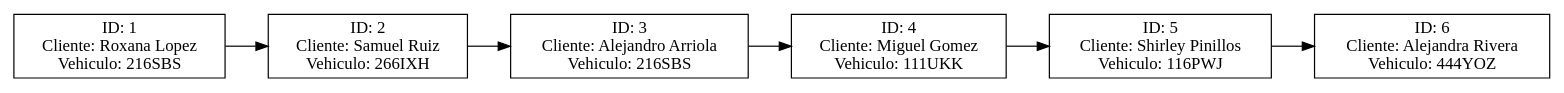
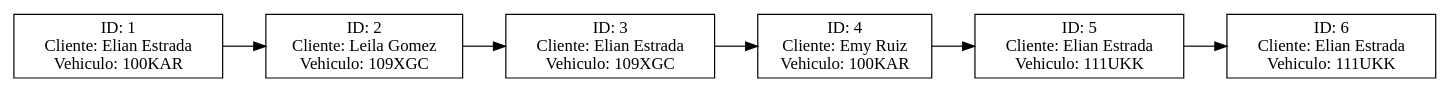
One commit to miguel-tubac/EDD_Proyecto2_202101927 changed the diagram in Reportes/Viajes_General.dot. Above: the diagram before and after it, drawn with Graphviz. The commit also changed 8 other files, not shown here.

```diff
--- a/Reportes/Viajes_General.dot
+++ b/Reportes/Viajes_General.dot
@@ -1,15 +1,15 @@
 digraph ListaEnlazada {
     rankdir=LR;
     node [shape=record];
-    node0 [label="ID: 1\nCliente:  Roxana  Lopez\nVehiculo: 216SBS"];
-    node1 [label="ID: 2\nCliente:  Samuel  Ruiz\nVehiculo: 266IXH"];
-    node2 [label="ID: 3\nCliente:  Alejandro  Arriola\nVehiculo: 216SBS"];
-    node3 [label="ID: 4\nCliente:  Miguel  Gomez\nVehiculo: 111UKK"];
-    node4 [label="ID: 5\nCliente:  Shirley  Pinillos\nVehiculo: 116PWJ"];
-    node5 [label="ID: 6\nCliente:  Alejandra  Rivera\nVehiculo: 444YOZ"];
+    node0 [label="ID: 1\nCliente:  Elian  Estrada\nVehiculo: 100KAR"];
+    node1 [label="ID: 2\nCliente:  Leila  Gomez\nVehiculo: 109XGC"];
+    node2 [label="ID: 3\nCliente:  Elian  Estrada\nVehiculo: 109XGC"];
+    node3 [label="ID: 4\nCliente:  Emy  Ruiz\nVehiculo: 100KAR"];
+    node4 [label="ID: 5\nCliente:  Elian  Estrada\nVehiculo: 111UKK"];
+    node5 [label="ID: 6\nCliente:  Elian  Estrada\nVehiculo: 111UKK"];
     node0 -> node1;
     node1 -> node2;
     node2 -> node3;
     node3 -> node4;
     node4 -> node5;
 }
```
